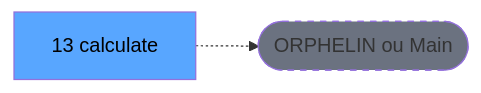
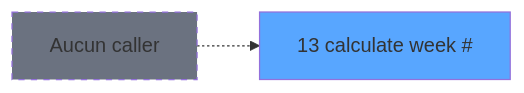
One commit to thonyAGP/lecteur-magic changed the second of 3 diagrams in .openspec/specs/ADH-IDE-13.md. Above: the diagram before and after it, drawn with Mermaid. The commit also changed other lines of this file and 96 other files, not shown here.

````diff
--- a/.openspec/specs/ADH-IDE-13.md
+++ b/.openspec/specs/ADH-IDE-13.md
@@ -117,8 +142,8 @@
 ```mermaid
 graph LR
-    T[13      calculate ]
-    ORPHAN([ORPHELIN ou Main])
-    T -.-> ORPHAN
-    style T fill:#58a6ff,color:#000
-    style ORPHAN fill:#6b7280,stroke-dasharray: 5 5
+    T13[13 calculate week #]
+    style T13 fill:#58a6ff
+    NONE[Aucun caller]
+    NONE -.-> T13
+    style NONE fill:#6b7280,stroke-dasharray: 5 5
 ```
````
